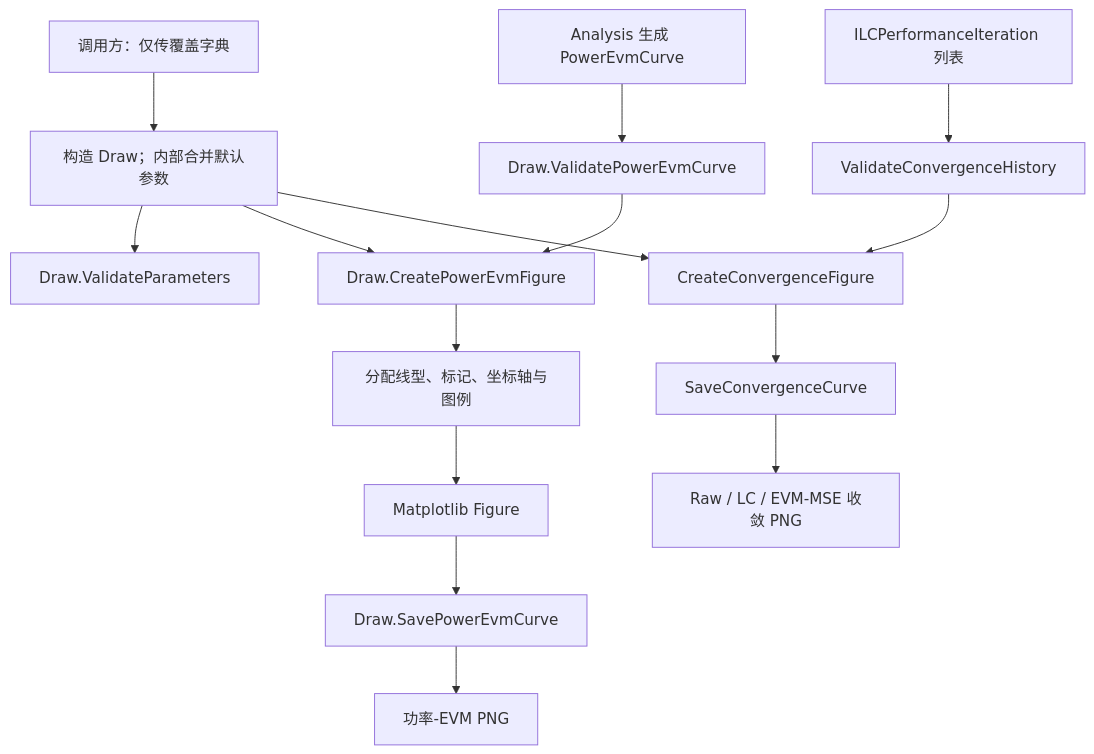
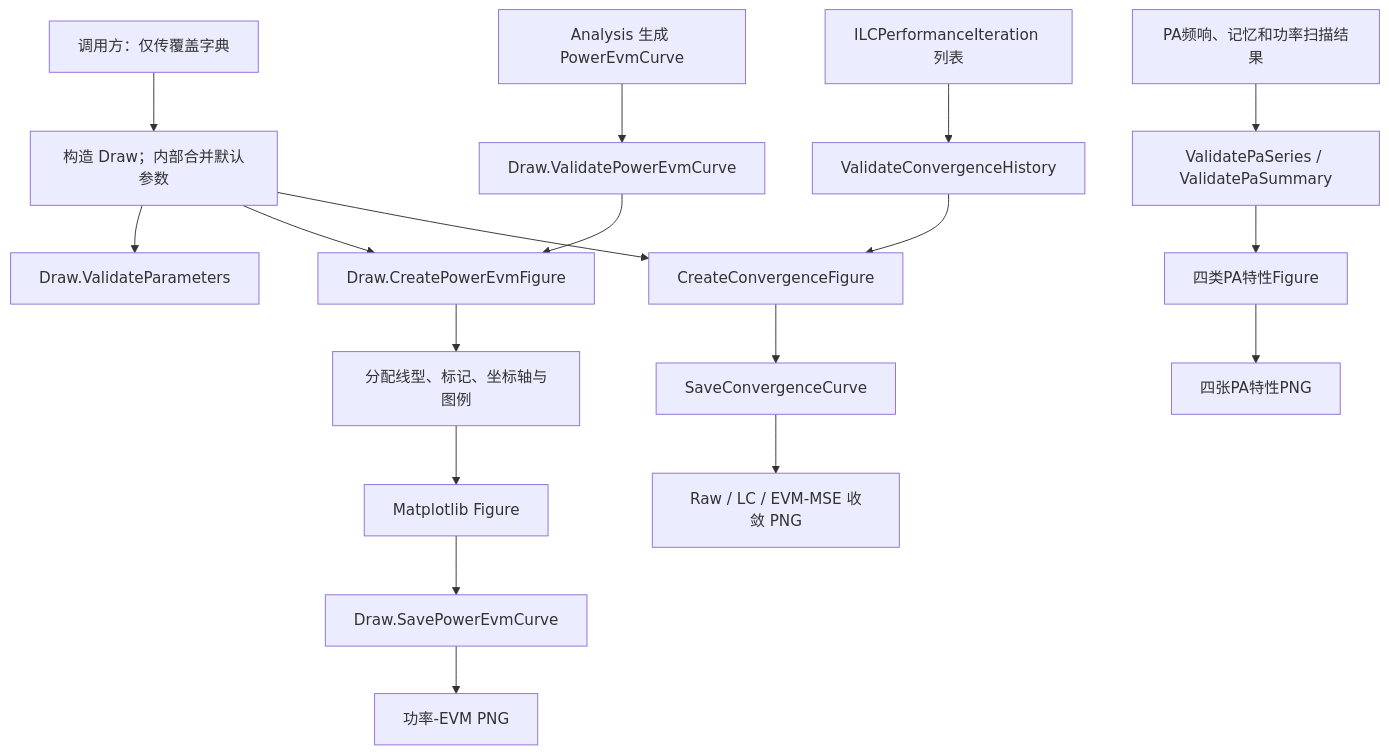
One commit to niyilu45/DPD_ILC changed diagram 17 of 18 in README.md. Above: the diagram before and after it, drawn with Mermaid. The commit also changed other lines of this file and 15 other files, not shown here.

````diff
--- a/README.md
+++ b/README.md
@@ -771,17 +776,20 @@
 ```mermaid
 flowchart TD
     caller["调用方：仅传覆盖字典"] --> draw["构造 Draw；内部合并默认参数"]
     draw --> validate["Draw.ValidateParameters"]
     curve["Analysis 生成 PowerEvmCurve"] --> curveValidate["Draw.ValidatePowerEvmCurve"]
     draw --> create["Draw.CreatePowerEvmFigure"]
     curveValidate --> create
     create --> styles["分配线型、标记、坐标轴与图例"]
     styles --> figure["Matplotlib Figure"]
     figure --> save["Draw.SavePowerEvmCurve"]
     save --> png["功率-EVM PNG"]
     history["ILCPerformanceIteration 列表"] --> historyValidate["ValidateConvergenceHistory"]
     historyValidate --> historyCreate["CreateConvergenceFigure"]
     draw --> historyCreate
     historyCreate --> historySave["SaveConvergenceCurve"]
     historySave --> historyPng["Raw / LC / EVM-MSE 收敛 PNG"]
+    paSeries["PA频响、记忆和功率扫描结果"] --> paValidate["ValidatePaSeries / ValidatePaSummary"]
+    paValidate --> paCreate["四类PA特性Figure"]
+    paCreate --> paSave["四张PA特性PNG"]
 ```
````
